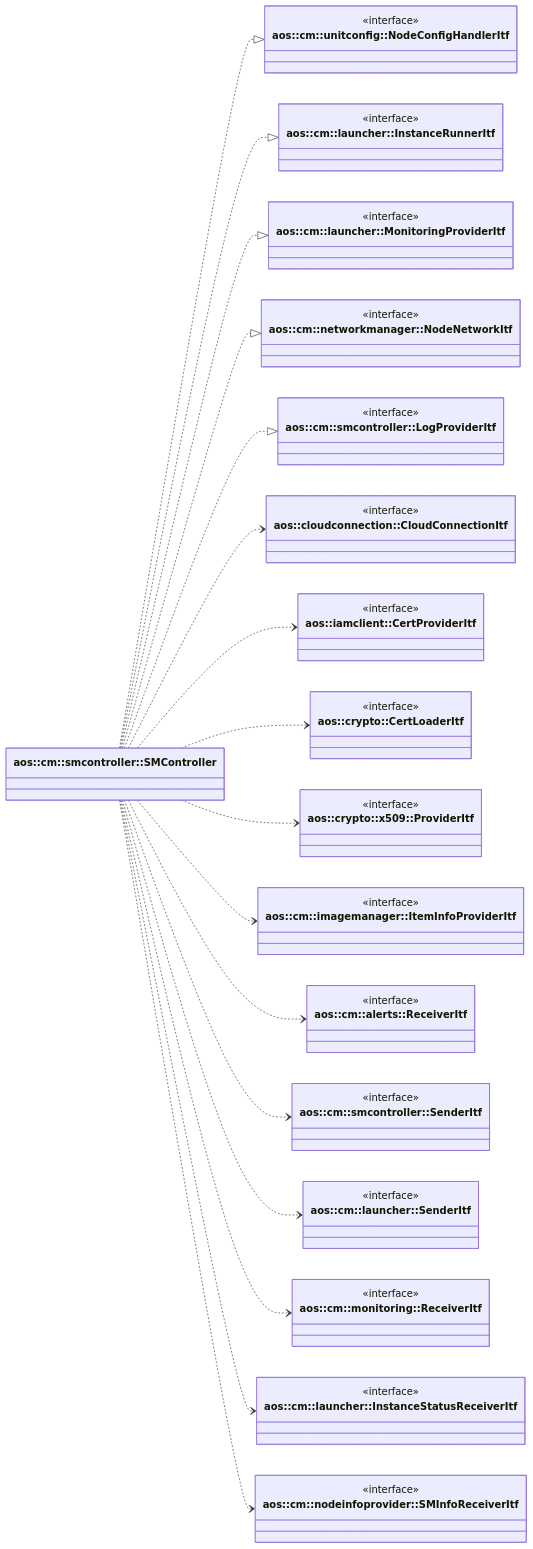
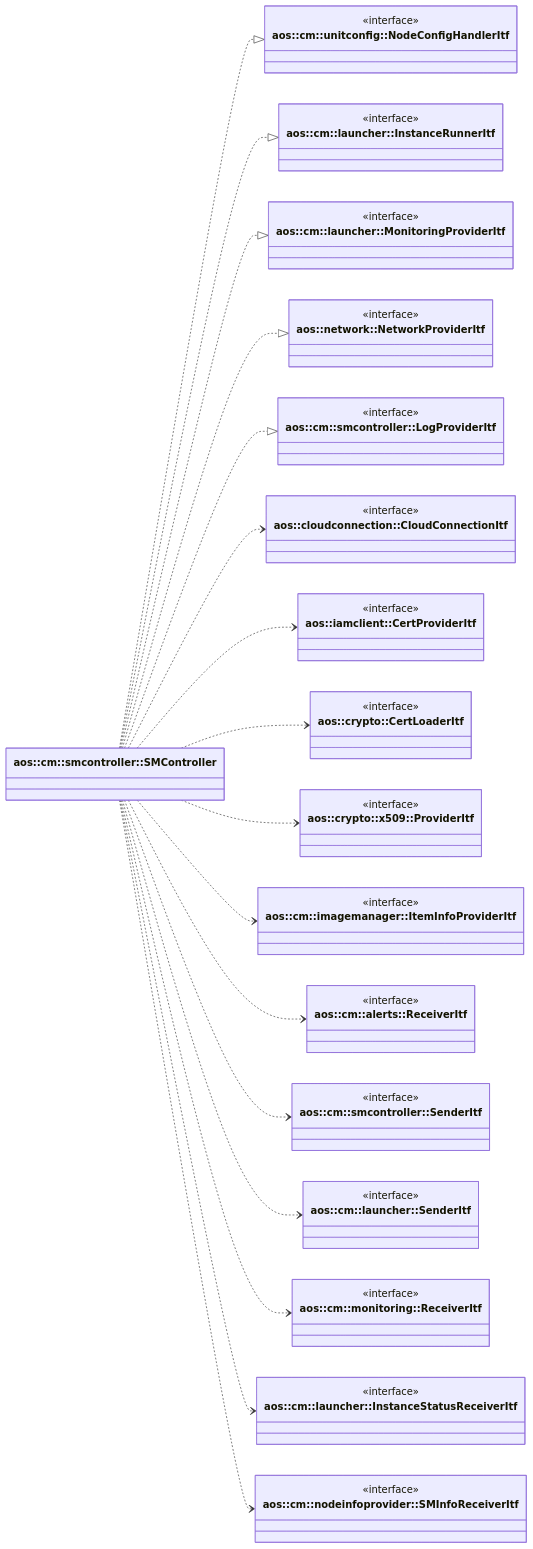
The diagram in src/core/cm/smcontroller/smcontroller.md (aosedge/aos_core_lib_cpp), drawn with Mermaid before and after one commit. The commit also changed other lines of this file and 24 other files, not shown here.

First line of the commit message:
cm: remove networkmanager module, update launcher and smcontroller

```diff
--- a/src/core/cm/smcontroller/smcontroller.md
+++ b/src/core/cm/smcontroller/smcontroller.md
@@ -46,7 +47,7 @@
         <<interface>>
     }
 
-    class NodeNetworkItf["aos::cm::networkmanager::NodeNetworkItf"] {
+    class NetworkProviderItf["aos::network::NetworkProviderItf"] {
         <<interface>>
     }
 
@@ -101,7 +102,7 @@
     SMController ..|> NodeConfigHandlerItf
     SMController ..|> InstanceRunnerItf
     SMController ..|> MonitoringProviderItf
-    SMController ..|> NodeNetworkItf
+    SMController ..|> NetworkProviderItf
     SMController ..|> LogProviderItf
 
     SMController ..> CloudConnectionItf
```
